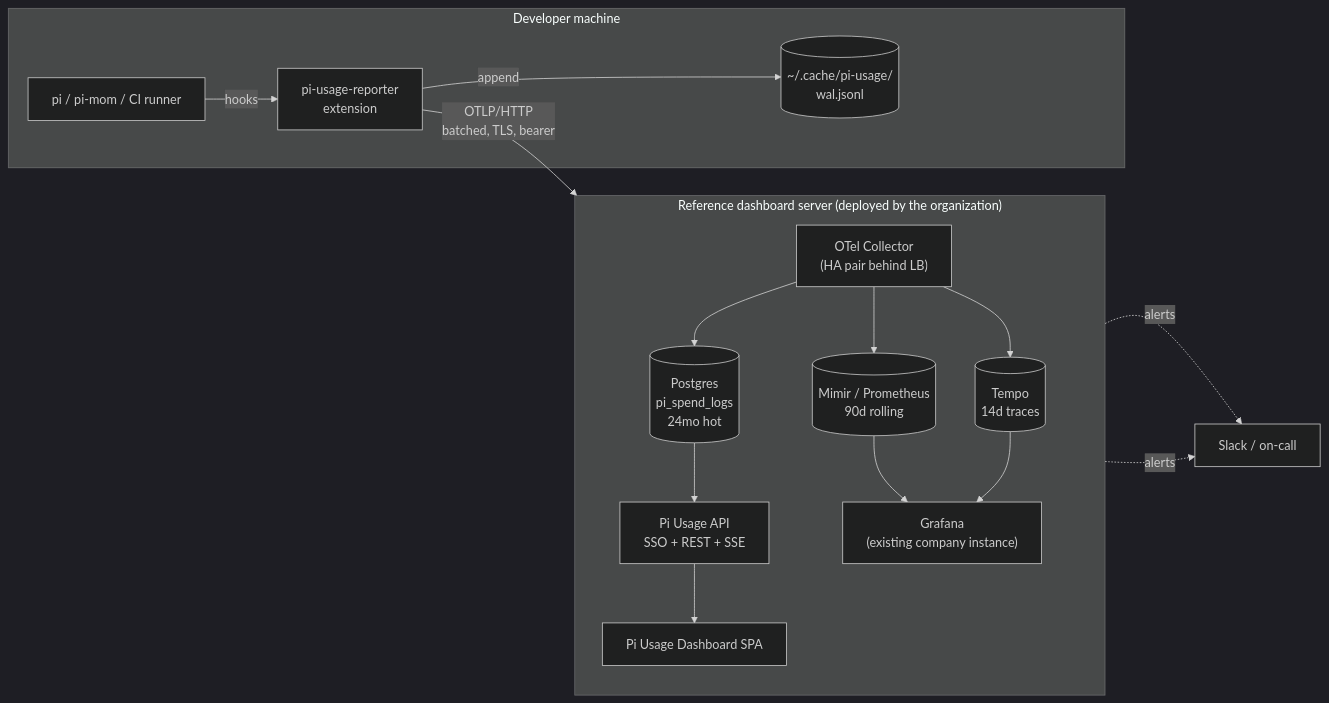
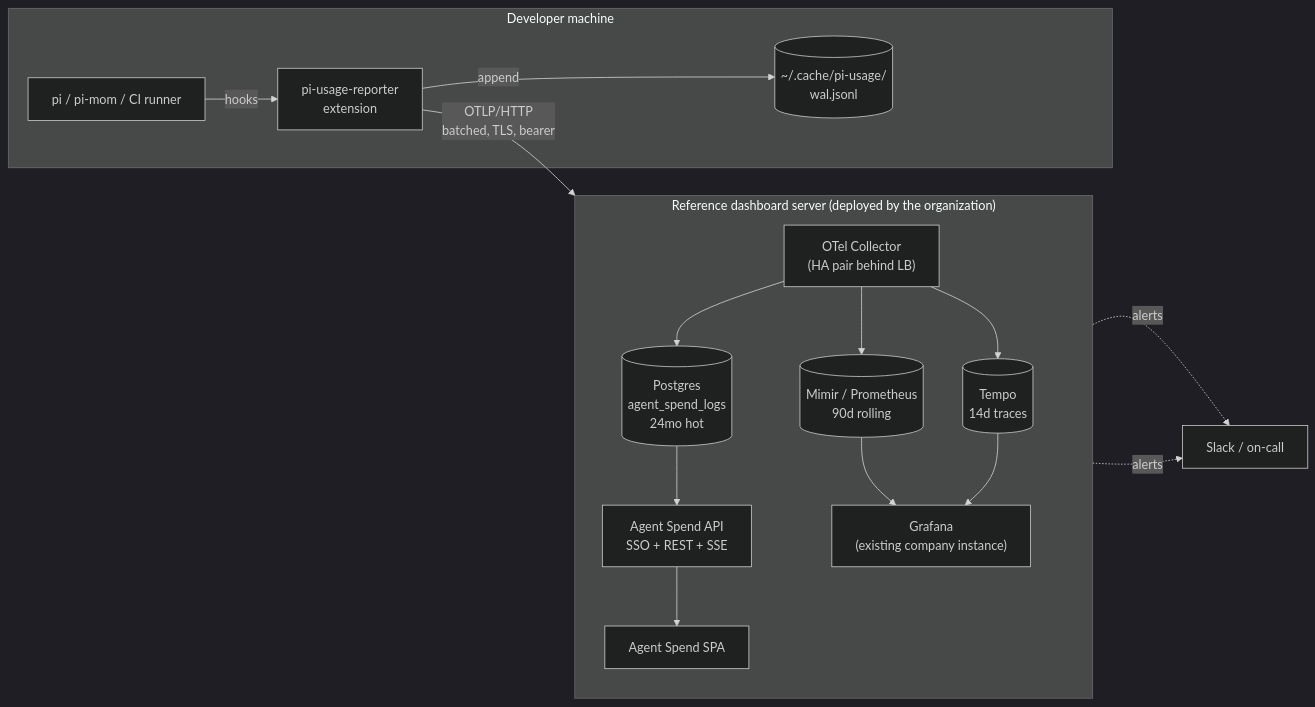
Before and after one commit to vilosource/pi-extensions: the first of 13 diagrams in docs/design/pi-usage-reporter-DESIGN.md, drawn with Mermaid (dark theme). The commit also changed other lines of this file and 7 other files, not shown here.

````diff
--- a/docs/design/pi-usage-reporter-DESIGN.md
+++ b/docs/design/pi-usage-reporter-DESIGN.md
@@ -103,33 +103,33 @@
 ```mermaid
 flowchart LR
   subgraph dev["Developer machine"]
     pi["pi / pi-mom / CI runner"]
-    ext["pi-usage-reporter\nextension"]
-    wal[("~/.cache/pi-usage/\nwal.jsonl")]
+    ext["pi-usage-reporter<br/>extension"]
+    wal[("~/.cache/pi-usage/<br/>wal.jsonl")]
     pi -->|hooks| ext
     ext -->|append| wal
   end
 
-  ext -->|"OTLP/HTTP\nbatched, TLS, bearer"| col
+  ext -->|"OTLP/HTTP<br/>batched, TLS, bearer"| col
 
   subgraph infra["Reference dashboard server (deployed by the organization)"]
     direction TB
-    col["OTel Collector\n(HA pair behind LB)"]
-    pg[("Postgres\npi_spend_logs\n24mo hot")]
-    mimir[("Mimir / Prometheus\n90d rolling")]
-    tempo[("Tempo\n14d traces")]
-    api["Pi Usage API\nSSO + REST + SSE"]
-    spa["Pi Usage Dashboard SPA"]
-    graf["Grafana\n(existing company instance)"]
+    col["OTel Collector<br/>(HA pair behind LB)"]
+    pg[("Postgres<br/>agent_spend_logs<br/>24mo hot")]
+    mimir[("Mimir / Prometheus<br/>90d rolling")]
+    tempo[("Tempo<br/>14d traces")]
+    api["Agent Spend API<br/>SSO + REST + SSE"]
+    spa["Agent Spend SPA"]
+    graf["Grafana<br/>(existing company instance)"]
     api --> spa
     col --> pg
     col --> mimir
     col --> tempo
     pg --> api
     mimir --> graf
     tempo --> graf
   end
 
   graf -.->|alerts| slack["Slack / on-call"]
   api  -.->|alerts| slack
 ```
````
